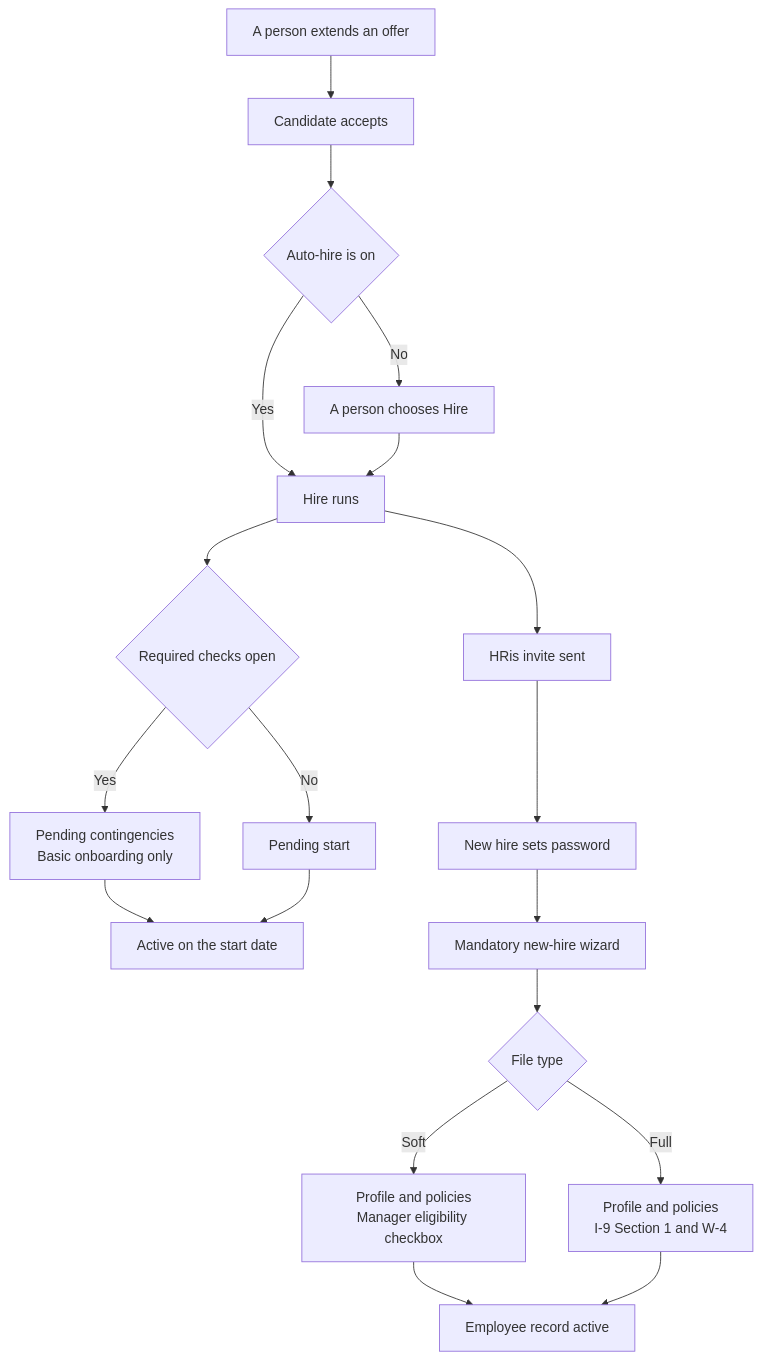
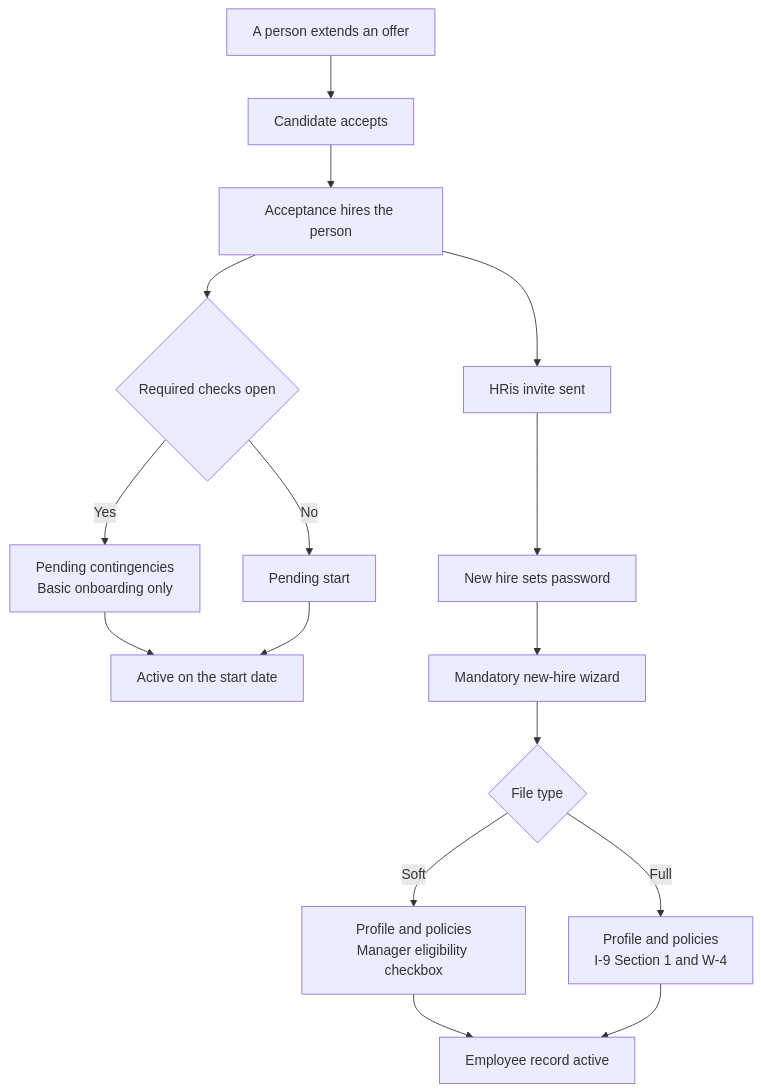
One commit to staceykay67/scalemaker-hris-showcase changed the first of 12 diagrams in README.md. Above: the diagram before and after it, drawn with Mermaid. The commit also changed other lines of this file, not shown here.

````diff
--- a/README.md
+++ b/README.md
@@ -71,21 +78,18 @@
 ```mermaid
 flowchart TB
     Offer["A person extends an offer"] --> Accept["Candidate accepts"]
-    Accept --> Choice{"Auto-hire is on"}
-    Choice -- "Yes" --> Run["Hire runs"]
-    Choice -- "No" --> Manual["A person chooses Hire"]
-    Manual --> Run
+    Accept --> Run["Acceptance hires the person"]
     Run --> Checks{"Required checks open"}
     Checks -- "Yes" --> Cont["Pending contingencies<br/>Basic onboarding only"]
     Checks -- "No" --> Start["Pending start"]
     Cont --> Active["Active on the start date"]
     Start --> Active
     Run --> Invite["HRis invite sent"]
     Invite --> Pass["New hire sets password"]
     Pass --> Wiz["Mandatory new-hire wizard"]
     Wiz --> File{"File type"}
     File -- "Soft" --> Soft["Profile and policies<br/>Manager eligibility checkbox"]
     File -- "Full" --> Full["Profile and policies<br/>I-9 Section 1 and W-4"]
     Soft --> Done["Employee record active"]
     Full --> Done
 ```
````
